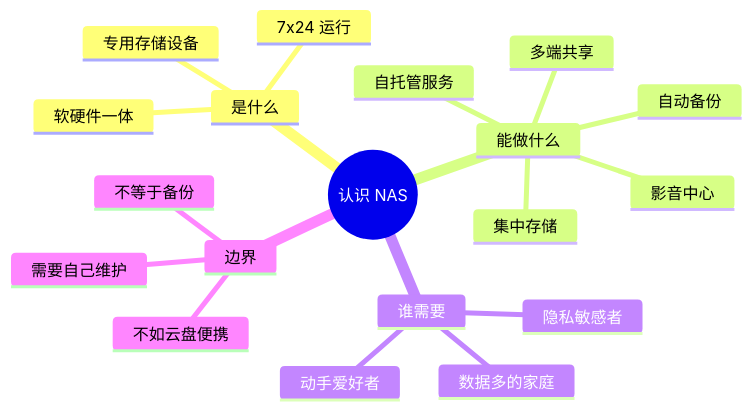
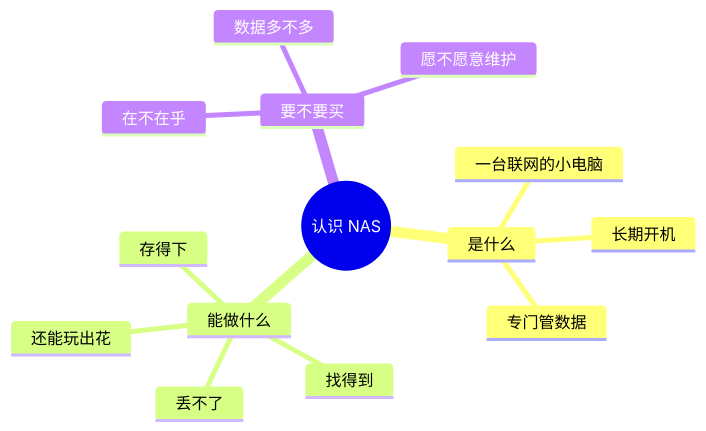
One commit to cv-superding/nas-guide changed the diagram in docs/01-认识NAS/README.md. Above: the diagram before and after it, drawn with Mermaid. The commit also changed other lines of this file and 4 other files, not shown here.

First line of the commit message:
docs(重构): 重写前言与第1章,用语更自然并加入配图

````diff
--- a/docs/01-认识NAS/README.md
+++ b/docs/01-认识NAS/README.md
@@ -32,22 +29,17 @@
 ```mermaid
 mindmap
   root((认识 NAS))
     是什么
-      专用存储设备
-      软硬件一体
-      7x24 运行
+      一台联网的小电脑
+      长期开机
+      专门管数据
     能做什么
-      集中存储
-      多端共享
-      自动备份
-      影音中心
-      自托管服务
-    谁需要
-      数据多的家庭
-      隐私敏感者
-      动手爱好者
-    边界
-      不如云盘便携
-      需要自己维护
-      不等于备份
+      存得下
+      找得到
+      丢不了
+      还能玩出花
+    要不要买
+      数据多不多
+      在不在乎
+      愿不愿意维护
 ```
````
